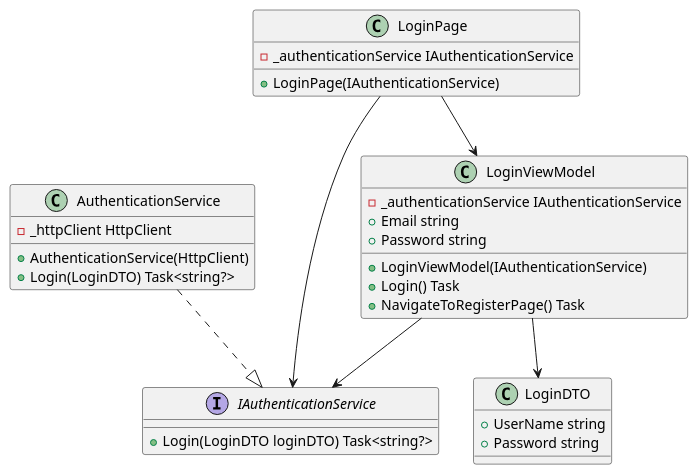
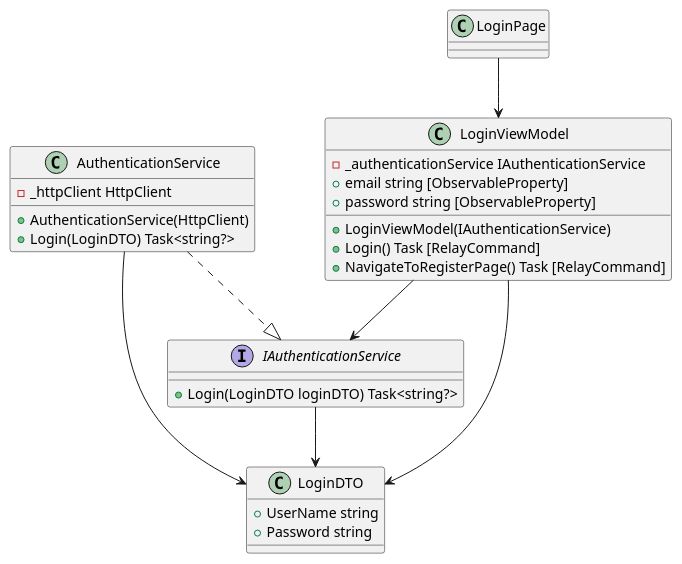
One commit to a-chiha/FinanceTrackerBackend changed the diagram in diagrams/maui/login.puml. Above: the diagram before and after it, drawn with PlantUML. The commit also changed 11 other files, not shown here.

```diff
--- a/diagrams/maui/login.puml
+++ b/diagrams/maui/login.puml
@@ -1,46 +1,45 @@
 @startuml
 
 
 ' Interfaces
 interface IAuthenticationService {
     + Login(LoginDTO loginDTO) Task<string?>
 }
 
 ' DTO
 class LoginDTO {
     + UserName string
     + Password string
 }
 
 ' Services
 class AuthenticationService {
     - _httpClient HttpClient
     + AuthenticationService(HttpClient)
     + Login(LoginDTO) Task<string?>
 }
 
 ' ViewModels
 class LoginViewModel {
     - _authenticationService IAuthenticationService
     + LoginViewModel(IAuthenticationService)
-    + Email string
-    + Password string
-    + Login() Task
-    + NavigateToRegisterPage() Task
+    + email string [ObservableProperty]
+    + password string [ObservableProperty]
+    + Login() Task [RelayCommand]
+    + NavigateToRegisterPage() Task [RelayCommand]
 }
 
 ' Views
 class LoginPage {
-    - _authenticationService IAuthenticationService
-    + LoginPage(IAuthenticationService)
 }
 
 ' Relationships
 LoginViewModel --> IAuthenticationService
 AuthenticationService ..|> IAuthenticationService
 LoginViewModel --> LoginDTO
 LoginPage --> LoginViewModel
-LoginPage --> IAuthenticationService
+AuthenticationService --> LoginDTO
+IAuthenticationService --> LoginDTO
 
 
 @enduml
```
